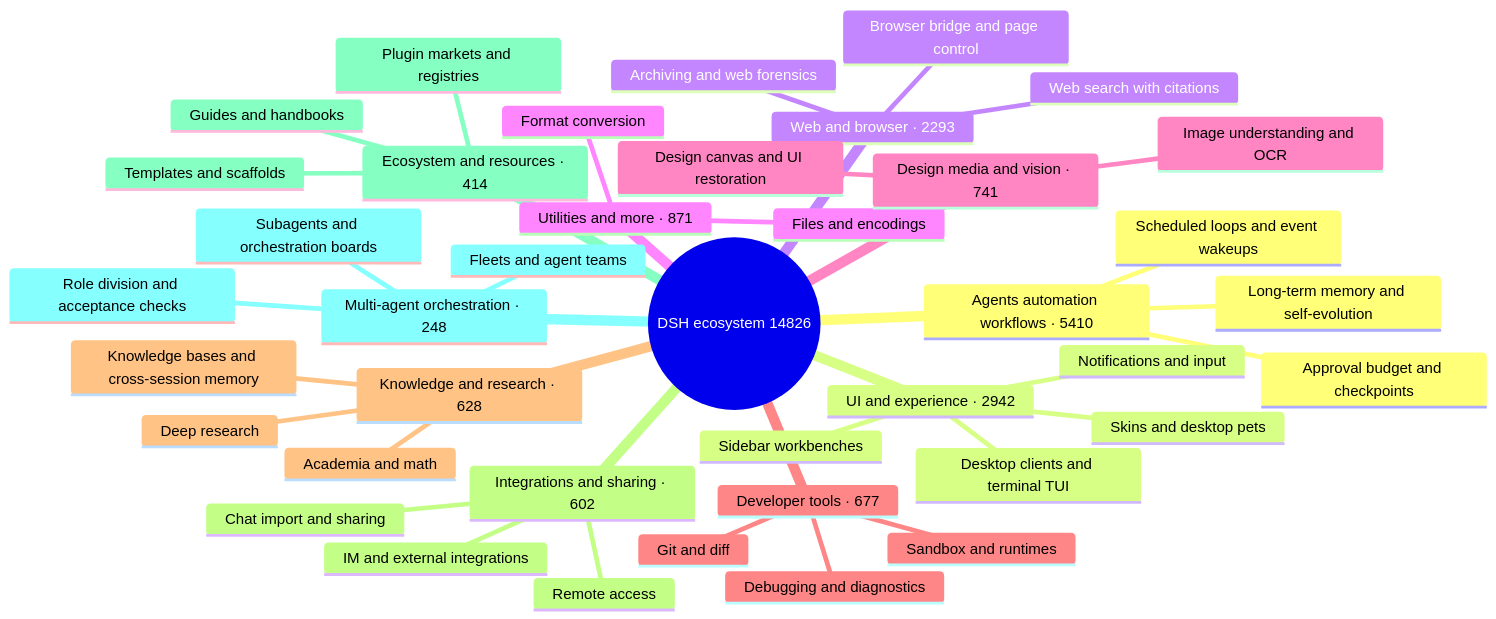
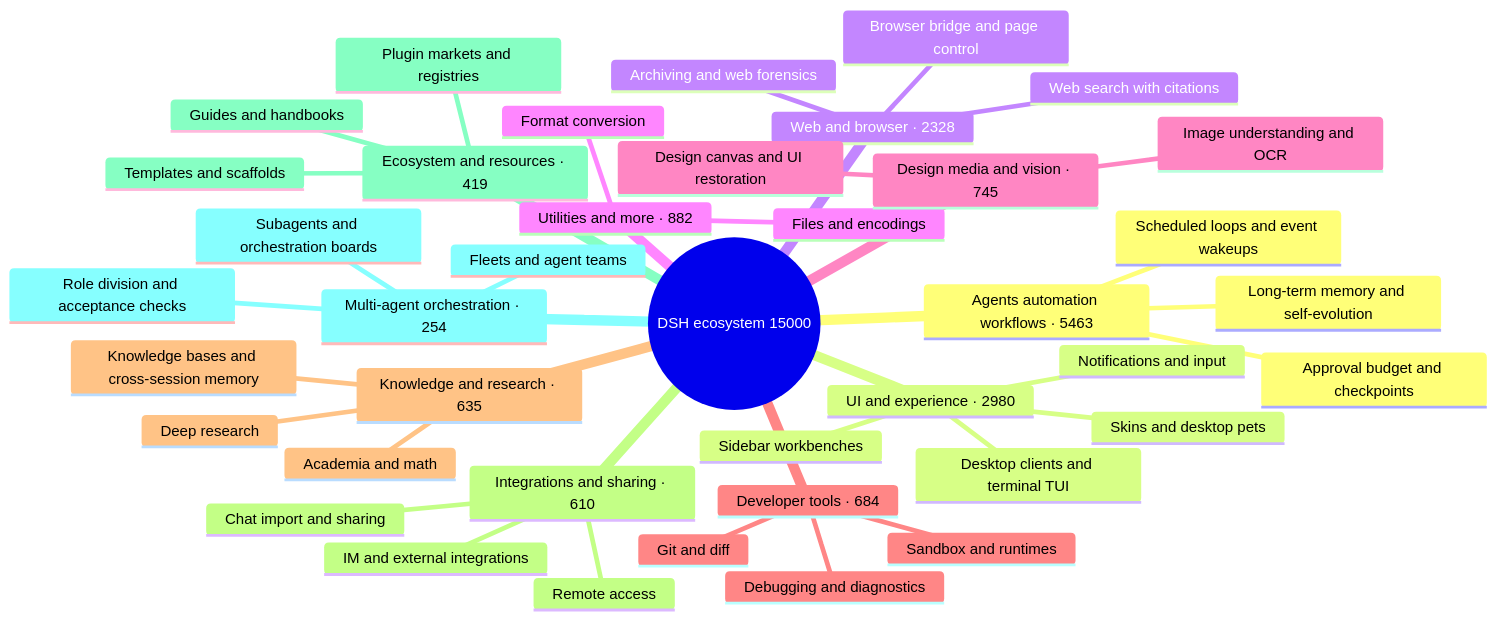
Before and after one commit to bruc3van/awesome-dsh-plugin: the diagram in README_EN.md, drawn with Mermaid. The commit also changed other lines of this file and 22 other files, not shown here.

````diff
--- a/README_EN.md
+++ b/README_EN.md
@@ -16,43 +16,43 @@
 ```mermaid
 mindmap
-  root((DSH ecosystem 14826))
-    Agents automation workflows · 5410
+  root((DSH ecosystem 15000))
+    Agents automation workflows · 5463
       Scheduled loops and event wakeups
       Long-term memory and self-evolution
       Approval budget and checkpoints
-    UI and experience · 2942
+    UI and experience · 2980
       Desktop clients and terminal TUI
       Sidebar workbenches
       Skins and desktop pets
       Notifications and input
-    Web and browser · 2293
+    Web and browser · 2328
       Browser bridge and page control
       Web search with citations
       Archiving and web forensics
-    Utilities and more · 871
+    Utilities and more · 882
       Files and encodings
       Format conversion
-    Design media and vision · 741
+    Design media and vision · 745
       Image understanding and OCR
       Design canvas and UI restoration
-    Developer tools · 677
+    Developer tools · 684
       Git and diff
       Sandbox and runtimes
       Debugging and diagnostics
-    Knowledge and research · 628
+    Knowledge and research · 635
       Knowledge bases and cross-session memory
       Deep research
       Academia and math
-    Integrations and sharing · 602
+    Integrations and sharing · 610
       Chat import and sharing
       Remote access
       IM and external integrations
-    Ecosystem and resources · 414
+    Ecosystem and resources · 419
       Plugin markets and registries
       Templates and scaffolds
       Guides and handbooks
-    Multi-agent orchestration · 248
+    Multi-agent orchestration · 254
       Subagents and orchestration boards
       Fleets and agent teams
       Role division and acceptance checks
 ```
````
